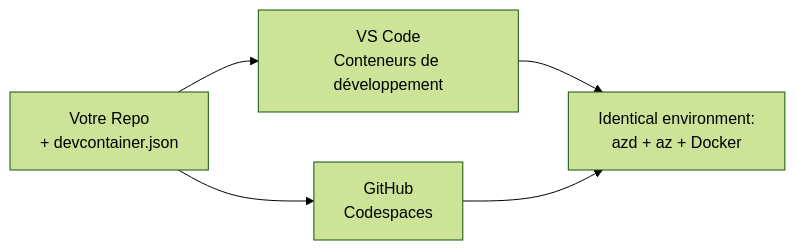
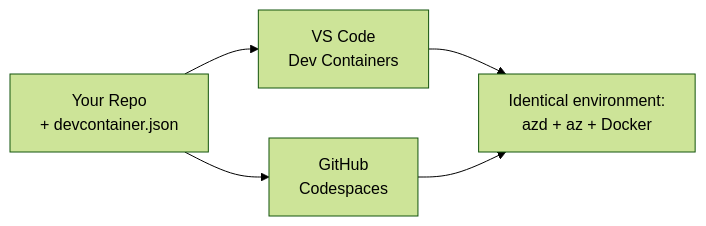
The diagram in translations/fr/docs/chapter-01-foundation/dev-containers.md (microsoft/AZD-for-beginners), drawn with Mermaid (forest theme) before and after one commit. The commit also changed other lines of this file and 68 other files, not shown here.

````diff
--- a/translations/fr/docs/chapter-01-foundation/dev-containers.md
+++ b/translations/fr/docs/chapter-01-foundation/dev-containers.md
@@ -41,7 +41,7 @@
 ```mermaid
 graph LR
-    Repo[Votre Repo<br/>+ devcontainer.json] --> VSCode[VS Code<br/>Conteneurs de développement]
+    Repo[Your Repo<br/>+ devcontainer.json] --> VSCode[VS Code<br/>Dev Containers]
     Repo --> Codespaces[GitHub<br/>Codespaces]
     VSCode --> Env[Identical environment:<br/>azd + az + Docker]
     Codespaces --> Env
 ```
````
